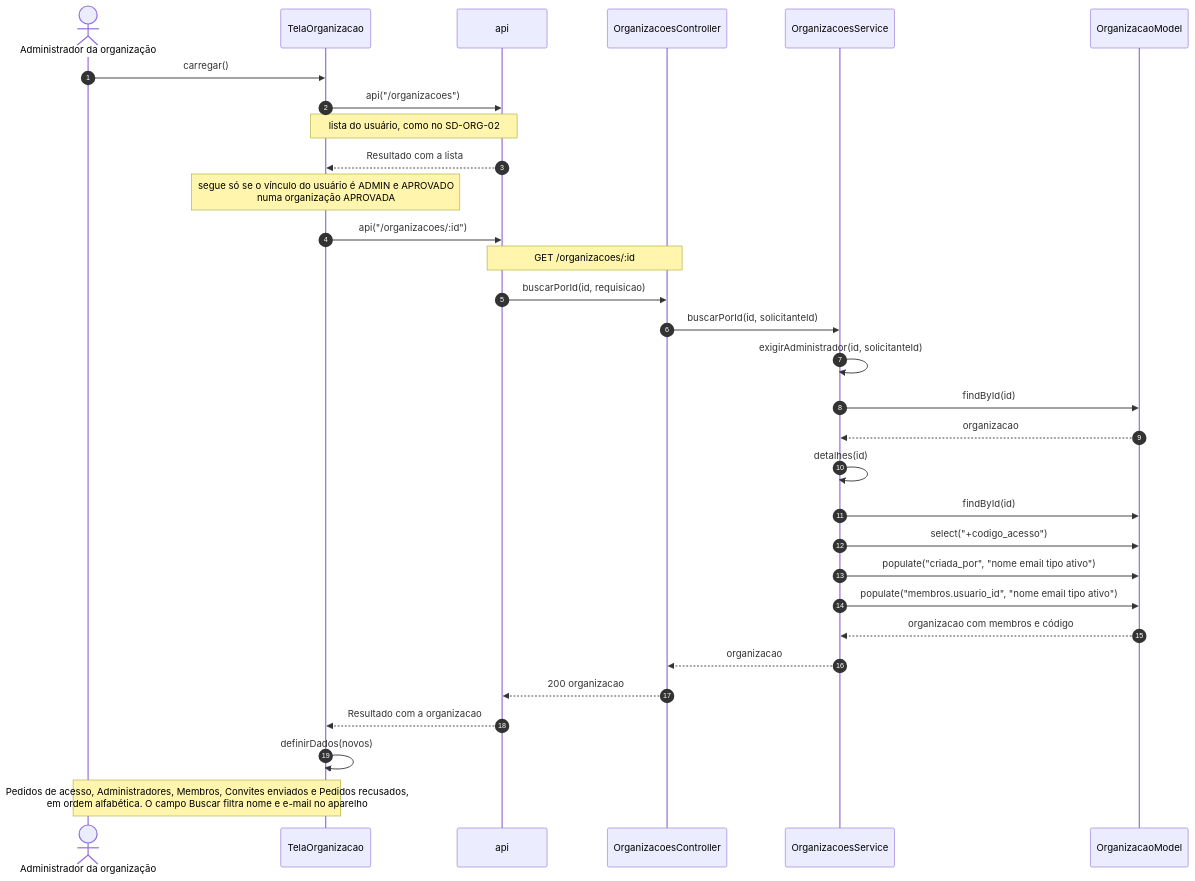
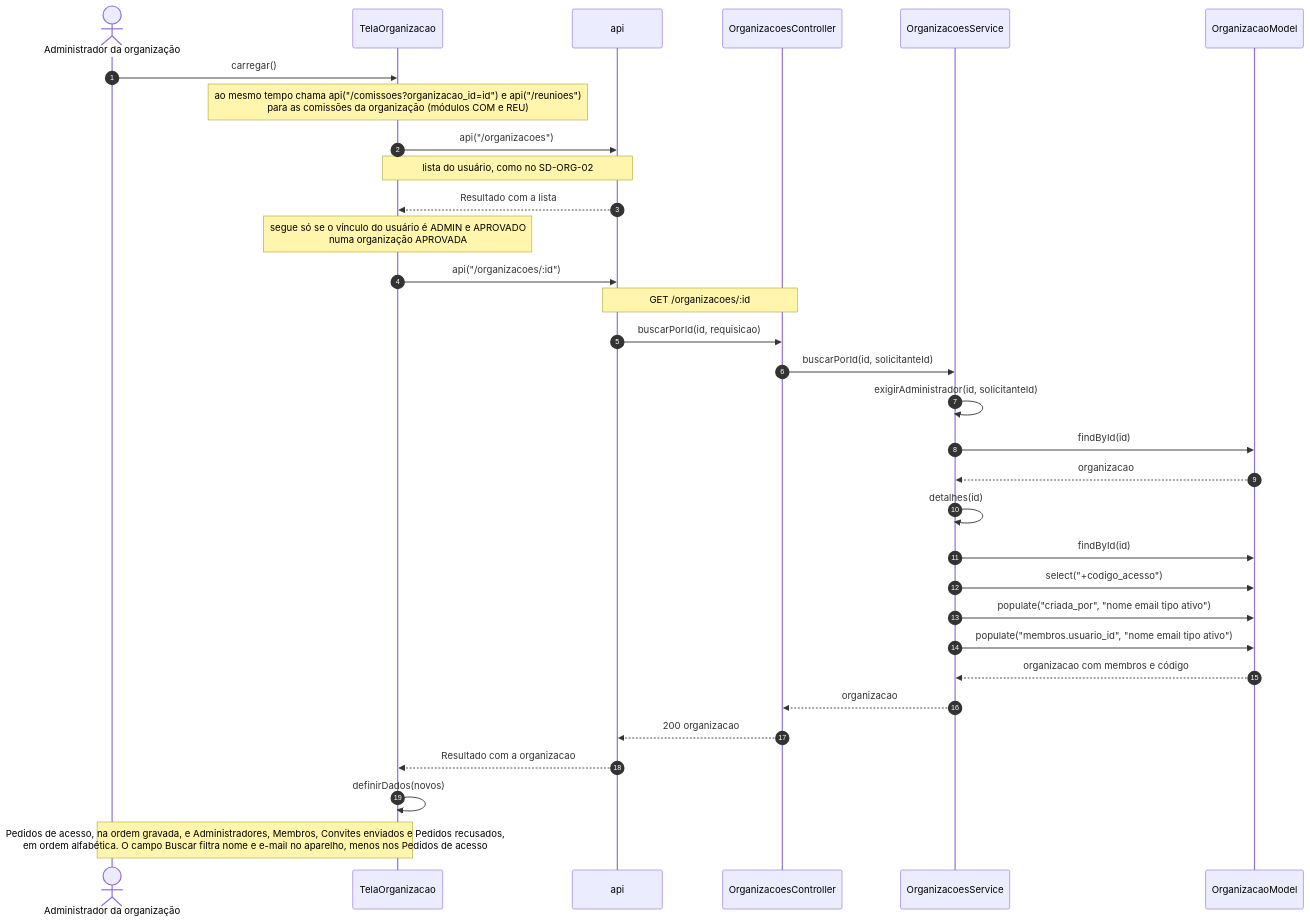
Before and after one commit to Conecta-IFSP/DOCUMENTATION: diagram 15 of 15 in 2 - Incremento1/cadastro-organizacao/6 - diagramas-sequencia-cadastro-organizacao.md, drawn with Mermaid. The commit also changed other lines of this file and 17 other files, not shown here.

````diff
--- a/2 - Incremento1/cadastro-organizacao/6 - diagramas-sequencia-cadastro-organizacao.md
+++ b/2 - Incremento1/cadastro-organizacao/6 - diagramas-sequencia-cadastro-organizacao.md
@@ -593,33 +595,34 @@
 ```mermaid
 sequenceDiagram
     autonumber
     actor U as Administrador da organização
     participant T as TelaOrganizacao
     participant A as api
     participant C as OrganizacoesController
     participant S as OrganizacoesService
     participant M as OrganizacaoModel
     U->>T: carregar()
+    Note over T: ao mesmo tempo chama api("/comissoes?organizacao_id=id") e api("/reunioes")<br/>para as comissões da organização (módulos COM e REU)
     T->>A: api("/organizacoes")
     Note over T,A: lista do usuário, como no SD-ORG-02
     A-->>T: Resultado com a lista
     Note over T: segue só se o vínculo do usuário é ADMIN e APROVADO<br/>numa organização APROVADA
     T->>A: api("/organizacoes/:id")
     Note over A,C: GET /organizacoes/:id
     A->>C: buscarPorId(id, requisicao)
     C->>S: buscarPorId(id, solicitanteId)
     S->>S: exigirAdministrador(id, solicitanteId)
     S->>M: findById(id)
     M-->>S: organizacao
     S->>S: detalhes(id)
     S->>M: findById(id)
     S->>M: select("+codigo_acesso")
     S->>M: populate("criada_por", "nome email tipo ativo")
     S->>M: populate("membros.usuario_id", "nome email tipo ativo")
     M-->>S: organizacao com membros e código
     S-->>C: organizacao
     C-->>A: 200 organizacao
     A-->>T: Resultado com a organizacao
     T->>T: definirDados(novos)
-    Note over U,T: Pedidos de acesso, Administradores, Membros, Convites enviados e Pedidos recusados,<br/>em ordem alfabética. O campo Buscar filtra nome e e-mail no aparelho
+    Note over U,T: Pedidos de acesso, na ordem gravada, e Administradores, Membros, Convites enviados e Pedidos recusados,<br/>em ordem alfabética. O campo Buscar filtra nome e e-mail no aparelho, menos nos Pedidos de acesso
 ```
````
